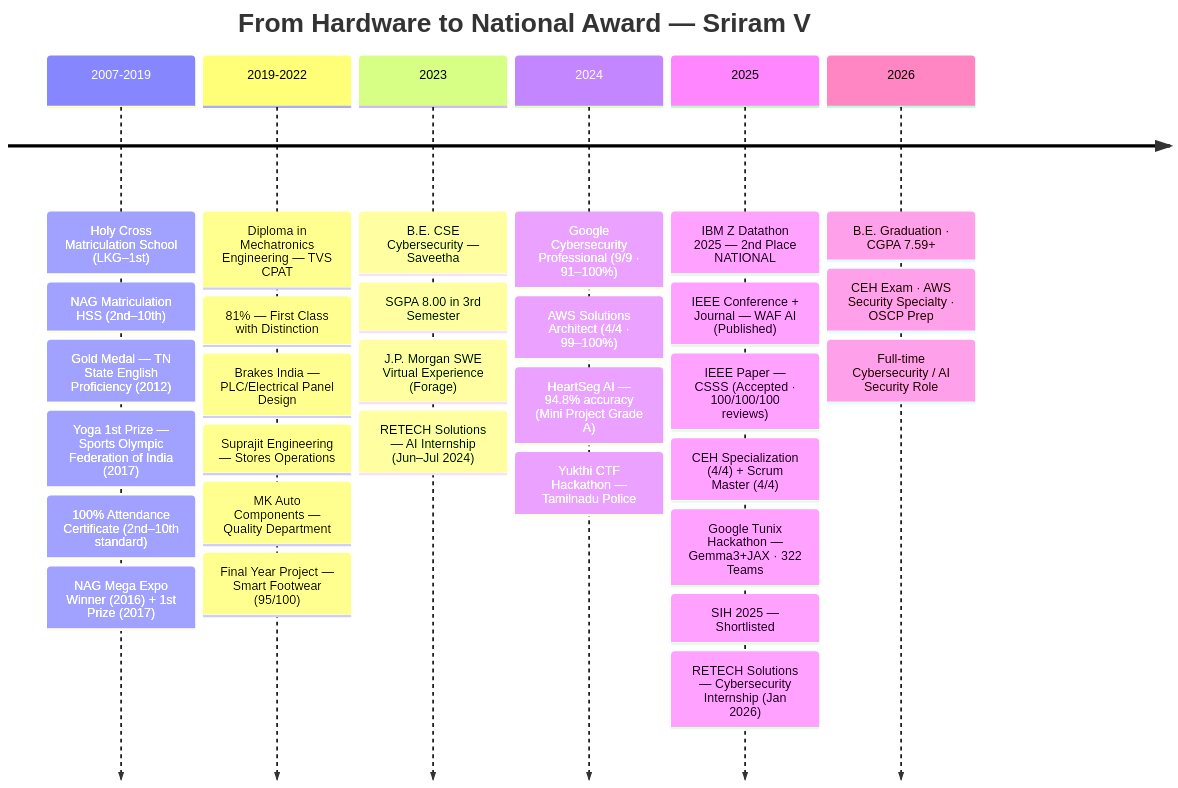
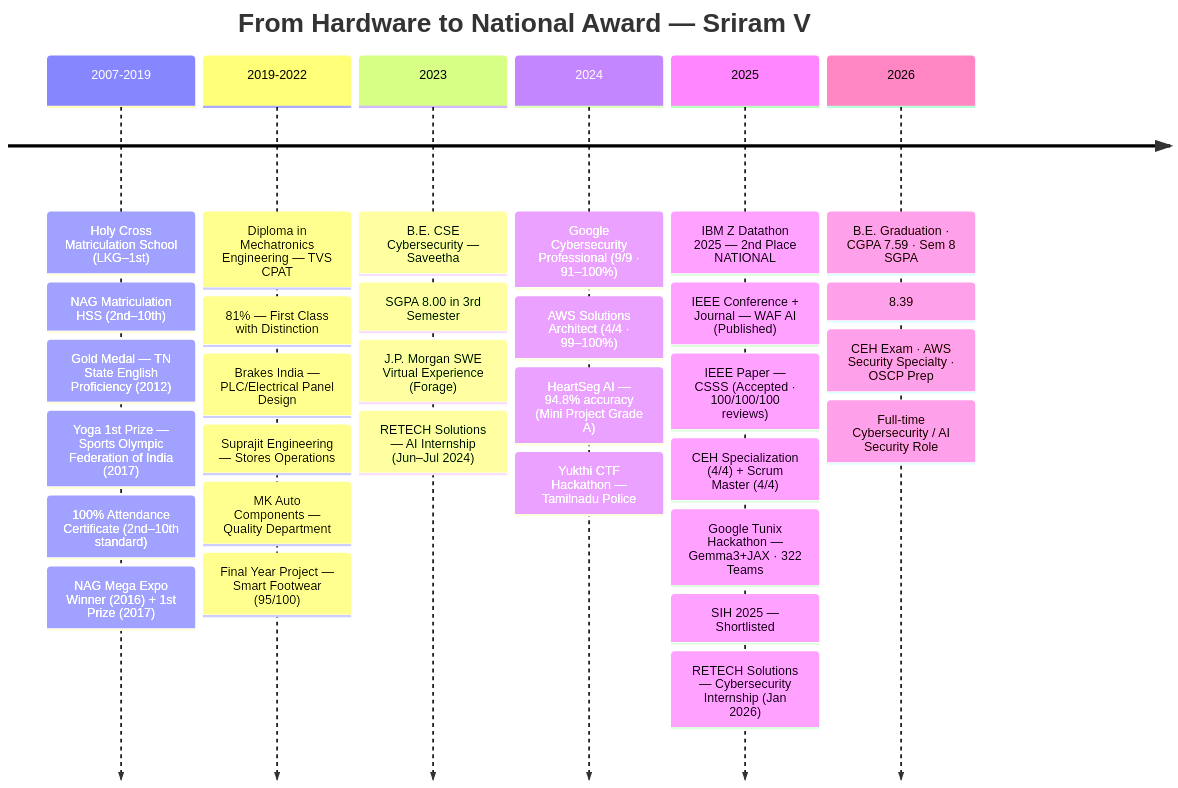
One commit to Darkwebnew/Darkwebnew changed the diagram in README.md. Above: the diagram before and after it, drawn with Mermaid. The commit also changed other lines of this file, not shown here.

````diff
--- a/README.md
+++ b/README.md
@@ -366,34 +366,34 @@
 ```mermaid
 timeline
     title From Hardware to National Award — Sriram V
     2007-2019 : Holy Cross Matriculation School (LKG–1st)
               : NAG Matriculation HSS (2nd–10th)
               : Gold Medal — TN State English Proficiency (2012)
               : Yoga 1st Prize — Sports Olympic Federation of India (2017)
               : 100% Attendance Certificate (2nd–10th standard)
               : NAG Mega Expo Winner (2016) + 1st Prize (2017)
     2019-2022 : Diploma in Mechatronics Engineering — TVS CPAT
               : 81% — First Class with Distinction
               : Brakes India — PLC/Electrical Panel Design
               : Suprajit Engineering — Stores Operations
               : MK Auto Components — Quality Department
               : Final Year Project — Smart Footwear (95/100)
     2023      : B.E. CSE Cybersecurity — Saveetha
               : SGPA 8.00 in 3rd Semester
               : J.P. Morgan SWE Virtual Experience (Forage)
               : RETECH Solutions — AI Internship (Jun–Jul 2024)
     2024      : Google Cybersecurity Professional (9/9 · 91–100%)
               : AWS Solutions Architect (4/4 · 99–100%)
               : HeartSeg AI — 94.8% accuracy (Mini Project Grade A)
               : Yukthi CTF Hackathon — Tamilnadu Police
     2025      : IBM Z Datathon 2025 — 2nd Place NATIONAL
               : IEEE Conference + Journal — WAF AI (Published)
               : IEEE Paper — CSSS (Accepted · 100/100/100 reviews)
               : CEH Specialization (4/4) + Scrum Master (4/4)
               : Google Tunix Hackathon — Gemma3+JAX · 322 Teams
               : SIH 2025 — Shortlisted
               : RETECH Solutions — Cybersecurity Internship (Jan 2026)
-    2026      : B.E. Graduation · CGPA 7.59+
+    2026      : B.E. Graduation · CGPA 7.59 · Sem 8 SGPA: 8.39
               : CEH Exam · AWS Security Specialty · OSCP Prep
               : Full-time Cybersecurity / AI Security Role
 ```
````
